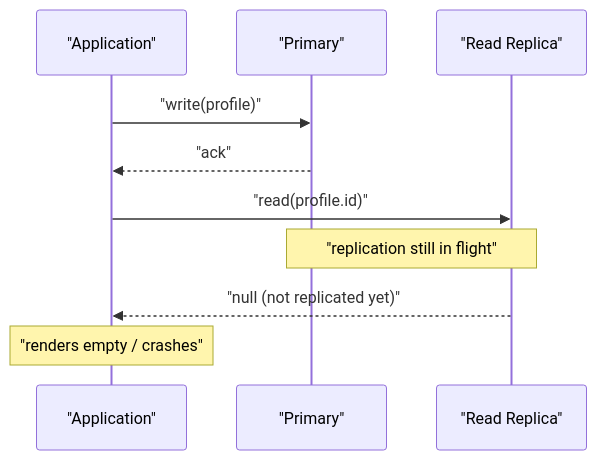
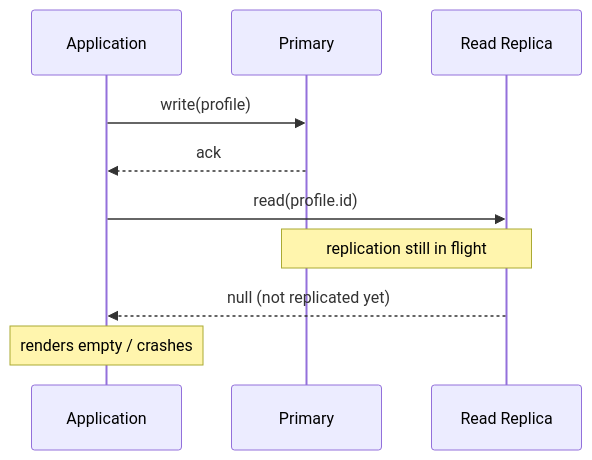
The first of 2 diagrams in content/post/eventual-consistency-anti-patterns.md (vabs/vabs.github.io), drawn with Mermaid before and after one commit. The commit also changed 87 other files, not shown here.

First line of the commit message:
Fix: Readable mermaid diagrams and fact-check blog posts

```diff
--- a/content/post/eventual-consistency-anti-patterns.md
+++ b/content/post/eventual-consistency-anti-patterns.md
@@ -28,12 +28,12 @@
 {{< mermaid >}}
 sequenceDiagram
-  participant App as "Application"
-  participant P as "Primary"
-  participant R as "Read Replica"
-  App->>P: "write(profile)"
-  P-->>App: "ack"
-  App->>R: "read(profile.id)"
-  Note over P,R: "replication still in flight"
-  R-->>App: "null (not replicated yet)"
-  Note over App: "renders empty / crashes"
+  participant App as Application
+  participant P as Primary
+  participant R as Read Replica
+  App->>P: write(profile)
+  P-->>App: ack
+  App->>R: read(profile.id)
+  Note over P,R: replication still in flight
+  R-->>App: null (not replicated yet)
+  Note over App: renders empty / crashes
 {{< /mermaid >}}
```
